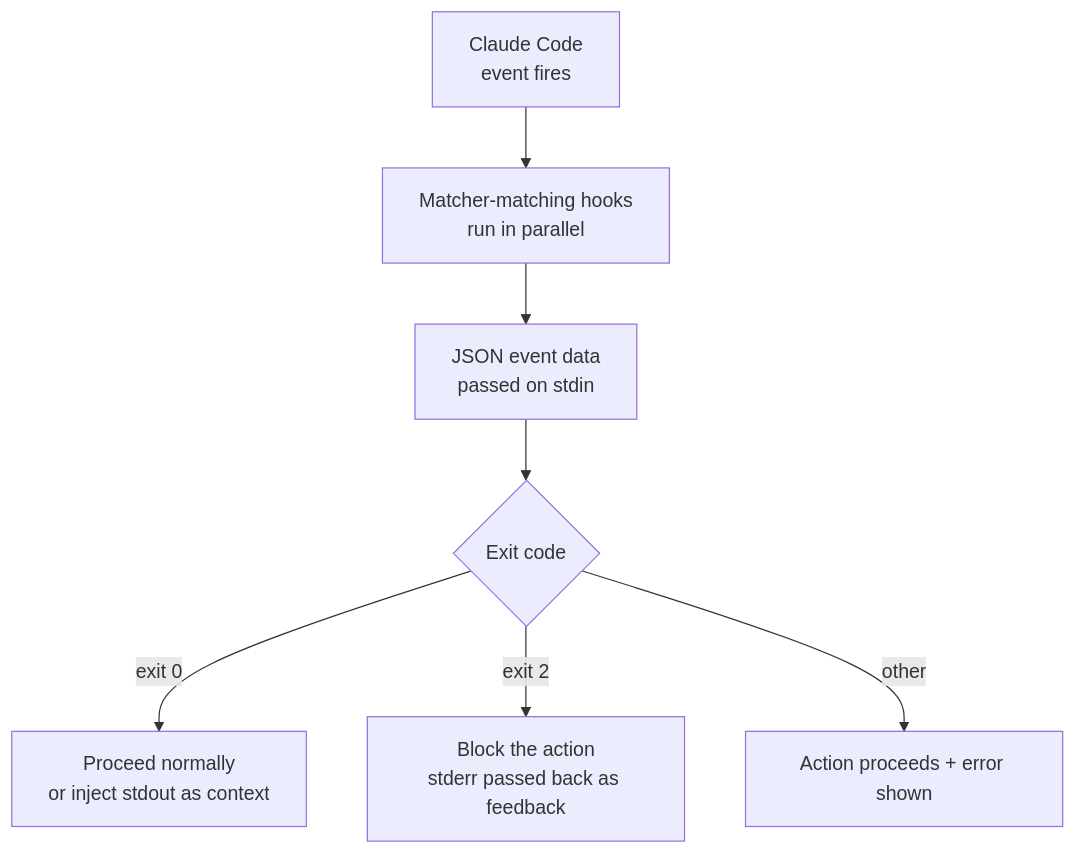
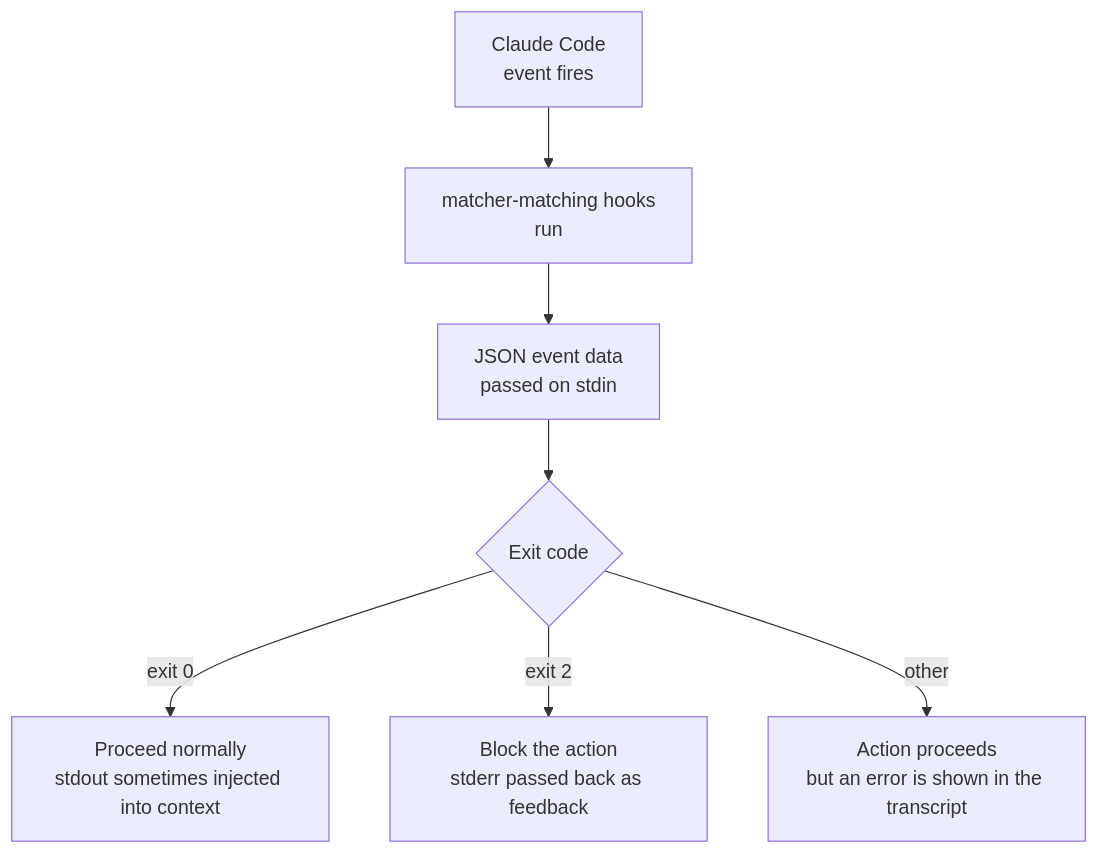
The first of 2 diagrams in docs-site/content/en/claude-code/extensibility/hooks.md (modu-ai/moai-adk), drawn with Mermaid before and after one commit. The commit also changed other lines of this file and 25 other files, not shown here.

First line of the commit message:
docs(SPEC-DESIGN-DOCS-V31-001): M6.1 en cli-reference + claude-code derivation

````diff
--- a/docs-site/content/en/claude-code/extensibility/hooks.md
+++ b/docs-site/content/en/claude-code/extensibility/hooks.md
@@ -72,9 +134,9 @@
 ```mermaid
 flowchart TD
-  A[Claude Code<br>event fires] --> B[Matcher-matching hooks<br>run in parallel]
-  B --> C[JSON event data<br>passed on stdin]
-  C --> D{Exit code}
-  D -->|exit 0| E[Proceed normally<br>or inject stdout as context]
-  D -->|exit 2| F[Block the action<br>stderr passed back as feedback]
-  D -->|other| G[Action proceeds + error shown]
+    A[Claude Code<br/>event fires] --> B[matcher-matching hooks<br/>run]
+    B --> C[JSON event data<br/>passed on stdin]
+    C --> D{Exit code}
+    D -->|exit 0| E[Proceed normally<br/>stdout sometimes injected into context]
+    D -->|exit 2| F[Block the action<br/>stderr passed back as feedback]
+    D -->|other| G[Action proceeds<br/>but an error is shown in the transcript]
 ```
````
